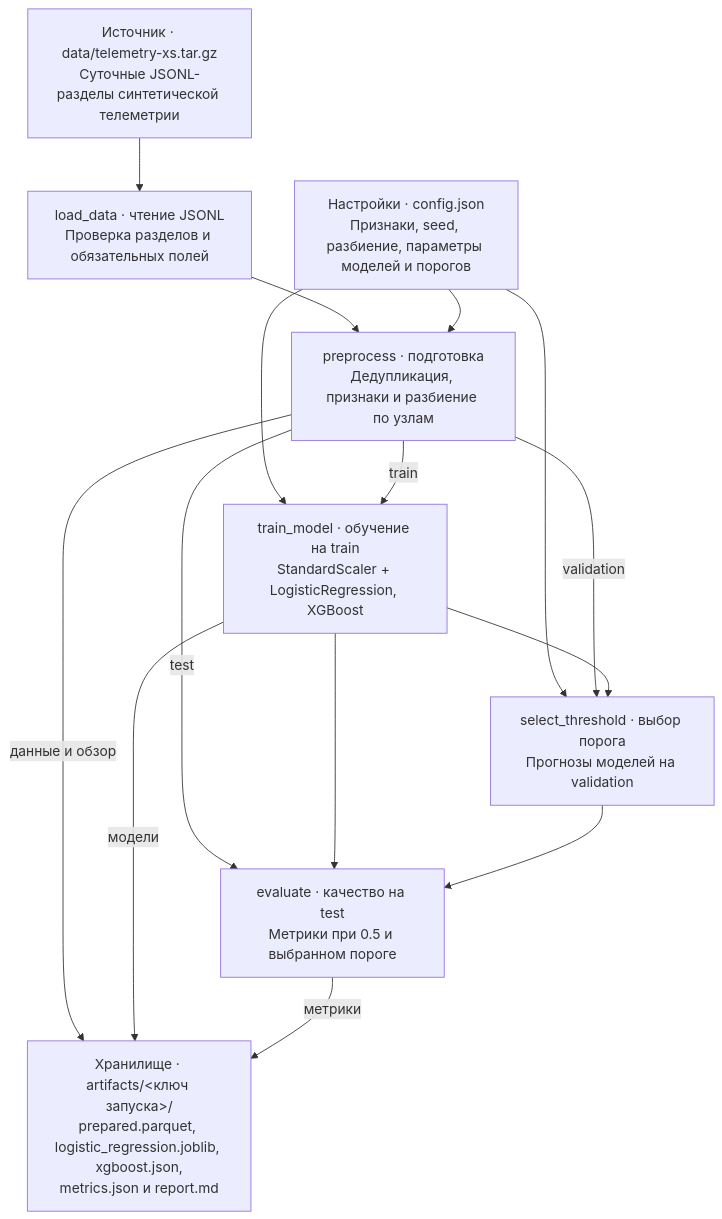
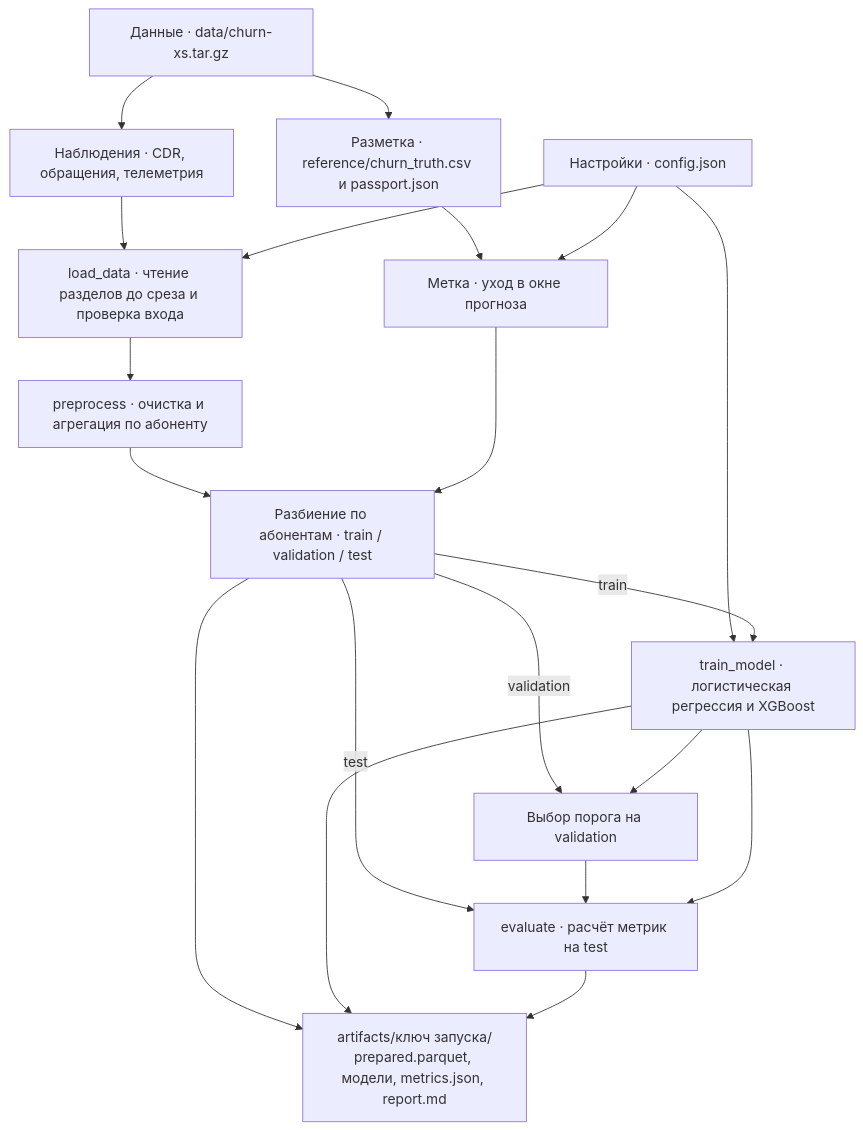
One commit to SaidaClick/prediction_of_clients_churn changed the diagram in architecture.md. Above: the diagram before and after it, drawn with Mermaid. The commit also changed other lines of this file and 35 other files, not shown here.

````diff
--- a/architecture.md
+++ b/architecture.md
@@ -3,25 +3,31 @@
 ```mermaid
 flowchart TD
-    Input["Источник · data/telemetry-xs.tar.gz<br/>Суточные JSONL-разделы синтетической телеметрии"]
-    Config["Настройки · config.json<br/>Признаки, seed, разбиение, параметры моделей и порогов"]
-    Load["load_data · чтение JSONL<br/>Проверка разделов и обязательных полей"]
-    Prep["preprocess · подготовка<br/>Дедупликация, признаки и разбиение по узлам"]
-    Train["train_model · обучение на train<br/>StandardScaler + LogisticRegression, XGBoost"]
-    Threshold["select_threshold · выбор порога<br/>Прогнозы моделей на validation"]
-    Eval["evaluate · качество на test<br/>Метрики при 0.5 и выбранном пороге"]
-    Save["Хранилище · artifacts/&lt;ключ запуска&gt;/<br/>prepared.parquet, logistic_regression.joblib, xgboost.json,<br/>metrics.json и report.md"]
+    Source["Данные · data/churn-xs.tar.gz"]
+    Raw["Наблюдения · CDR, обращения, телеметрия"]
+    Truth["Разметка · reference/churn_truth.csv и passport.json"]
+    Config["Настройки · config.json"]
+    Load["load_data · чтение разделов до среза и проверка входа"]
+    Features["preprocess · очистка и агрегация по абоненту"]
+    Label["Метка · уход в окне прогноза"]
+    Split["Разбиение по абонентам · train / validation / test"]
+    Train["train_model · логистическая регрессия и XGBoost"]
+    Threshold["Выбор порога на validation"]
+    Eval["evaluate · расчёт метрик на test"]
+    Output["artifacts/ключ запуска/<br/>prepared.parquet, модели, metrics.json, report.md"]
 
-    Input --> Load --> Prep
-    Config --> Prep
+    Source --> Raw --> Load --> Features
+    Source --> Truth --> Label
+    Config --> Load
+    Config --> Label
     Config --> Train
-    Config --> Threshold
-    Prep -->|train| Train
-    Prep -->|validation| Threshold
-    Prep -->|test| Eval
-    Train --> Threshold
+    Features --> Split
+    Label --> Split
+    Split -->|train| Train
+    Split -->|validation| Threshold
+    Split -->|test| Eval
+    Train --> Threshold --> Eval
     Train --> Eval
-    Threshold --> Eval
-    Prep -->|данные и обзор| Save
-    Train -->|модели| Save
-    Eval -->|метрики| Save
+    Split --> Output
+    Train --> Output
+    Eval --> Output
 ```
````
